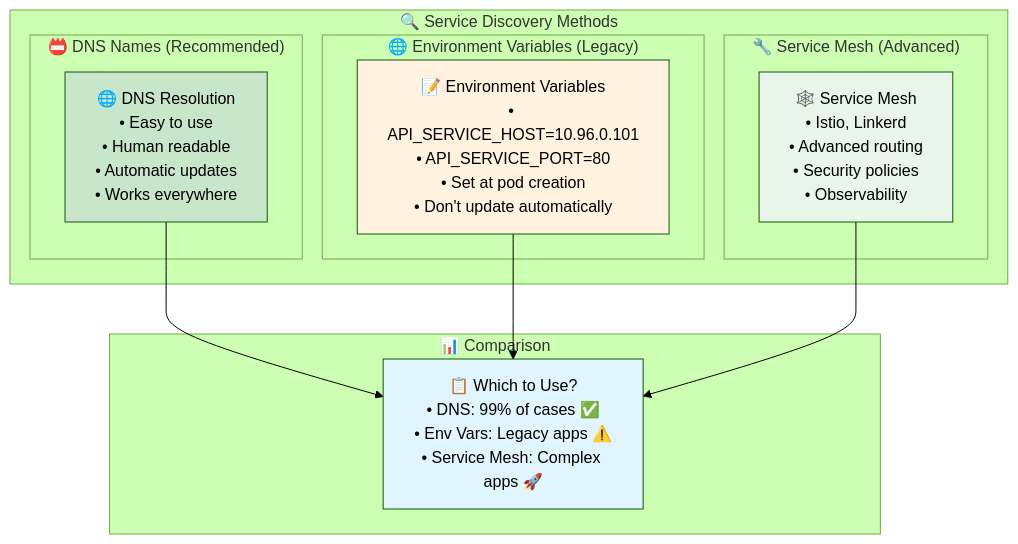
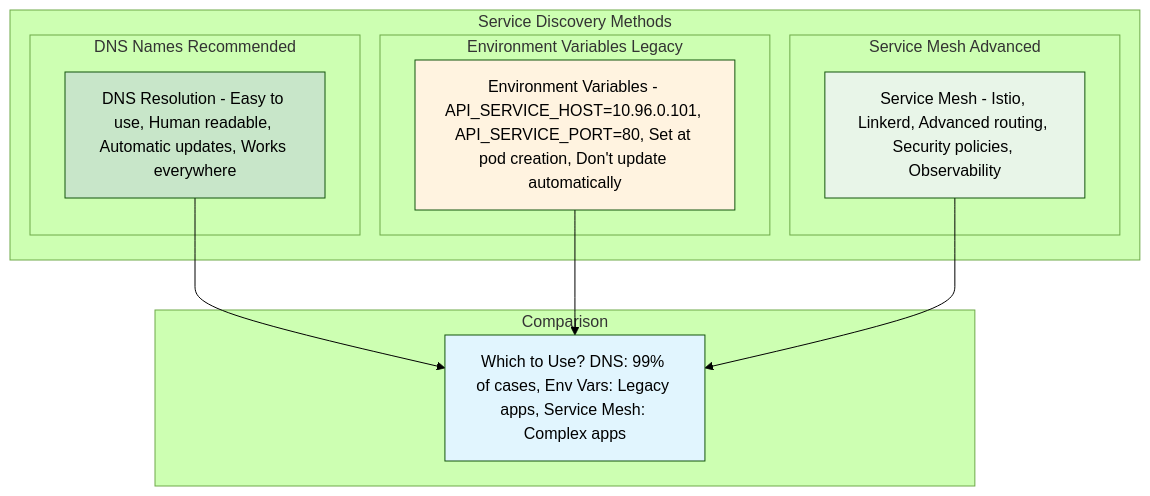
Before and after one commit to manikcloud/cloud-devops-learning-path: diagram 23 of 26 in Section-2-DevOps/Session-7_Kubernetes/04-services-networking/README.md, drawn with Mermaid (forest theme). The commit also changed other lines of this file, not shown here.

First line of the commit message:
Fix remaining mermaid diagram syntax errors - Part 2

````diff
--- a/Section-2-DevOps/Session-7_Kubernetes/04-services-networking/README.md
+++ b/Section-2-DevOps/Session-7_Kubernetes/04-services-networking/README.md
@@ -1133,29 +1133,29 @@
 ```mermaid
 graph TB
-    subgraph "🔍 Service Discovery Methods"
-        subgraph "📛 DNS Names (Recommended)"
-            DNS_METHOD[🌐 DNS Resolution<br/>• Easy to use<br/>• Human readable<br/>• Automatic updates<br/>• Works everywhere]
+    subgraph "Service Discovery Methods"
+        subgraph "DNS Names Recommended"
+            DNS_METHOD[DNS Resolution - Easy to use, Human readable, Automatic updates, Works everywhere]
         end
         
-        subgraph "🌐 Environment Variables (Legacy)"
-            ENV_METHOD[📝 Environment Variables<br/>• API_SERVICE_HOST=10.96.0.101<br/>• API_SERVICE_PORT=80<br/>• Set at pod creation<br/>• Don't update automatically]
+        subgraph "Environment Variables Legacy"
+            ENV_METHOD[Environment Variables - API_SERVICE_HOST=10.96.0.101, API_SERVICE_PORT=80, Set at pod creation, Don't update automatically]
         end
         
-        subgraph "🔧 Service Mesh (Advanced)"
-            MESH_METHOD[🕸️ Service Mesh<br/>• Istio, Linkerd<br/>• Advanced routing<br/>• Security policies<br/>• Observability]
+        subgraph "Service Mesh Advanced"
+            MESH_METHOD[Service Mesh - Istio, Linkerd, Advanced routing, Security policies, Observability]
         end
     end
     
-    subgraph "📊 Comparison"
-        COMPARISON[📋 Which to Use?<br/>• DNS: 99% of cases ✅<br/>• Env Vars: Legacy apps ⚠️<br/>• Service Mesh: Complex apps 🚀]
+    subgraph "Comparison"
+        COMPARISON[Which to Use? DNS: 99% of cases, Env Vars: Legacy apps, Service Mesh: Complex apps]
     end
     
     DNS_METHOD --> COMPARISON
     ENV_METHOD --> COMPARISON
     MESH_METHOD --> COMPARISON
     
     style DNS_METHOD fill:#c8e6c9
     style ENV_METHOD fill:#fff3e0
     style MESH_METHOD fill:#e8f5e8
     style COMPARISON fill:#e1f5fe
 ```
````
